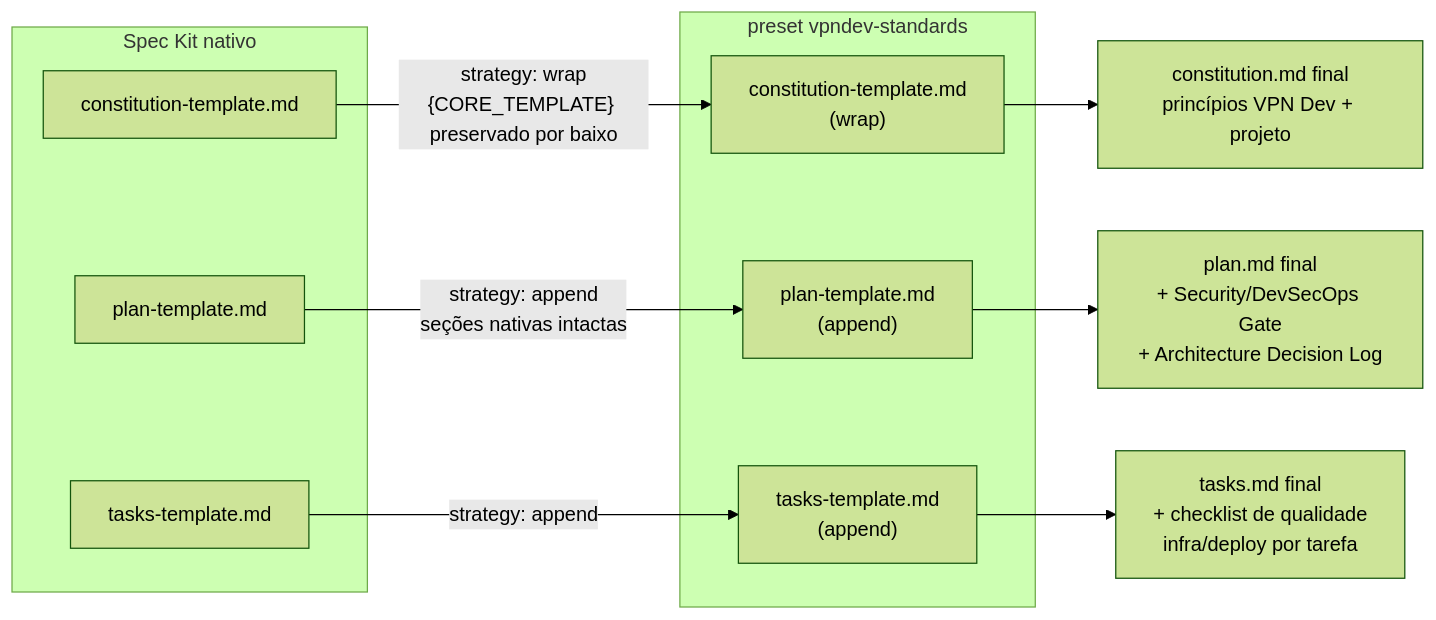
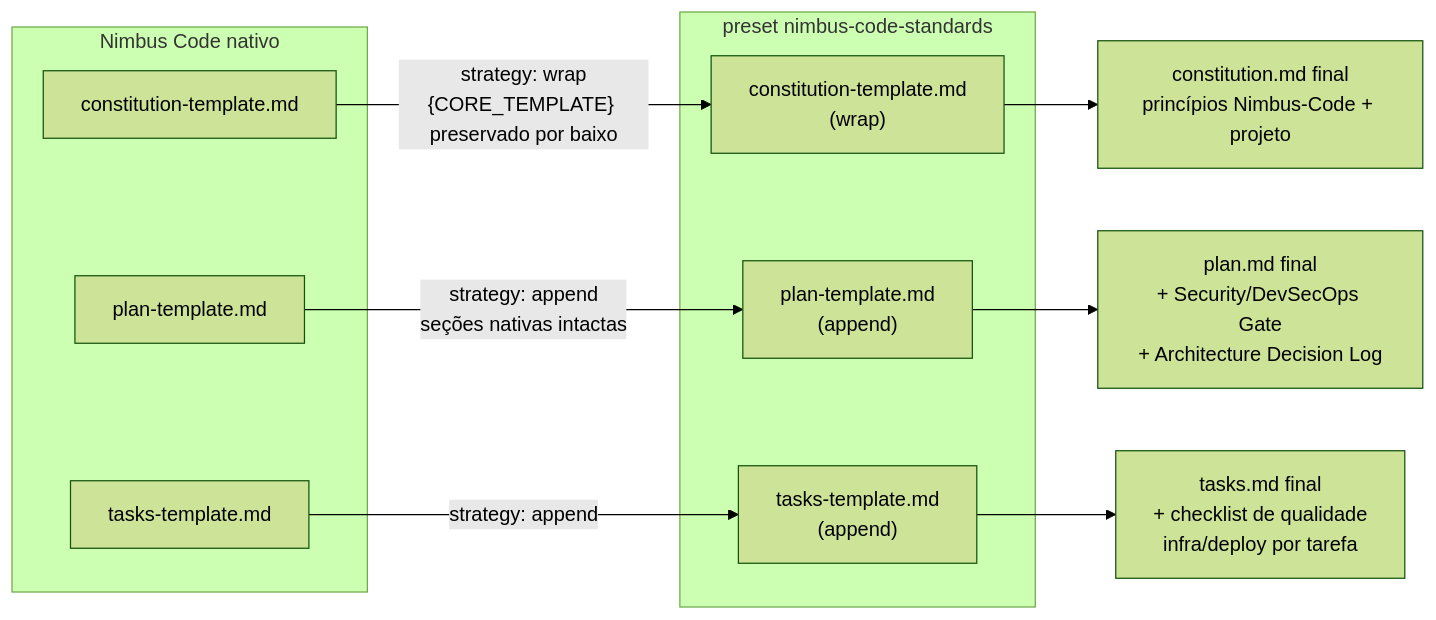
The second of 5 diagrams in docs/bundle-architecture.md (lrodriguesvpn/nimbus-code), drawn with Mermaid (forest theme) before and after one commit. The commit also changed other lines of this file and 91 other files, not shown here.

Commit message:
feat!: rename vpndev → Nimbus-Code, remove User Story, branch only on implement (preset v1.7.0, workflow v1.3.0)

````diff
--- a/docs/bundle-architecture.md
+++ b/docs/bundle-architecture.md
@@ -47,23 +47,23 @@
 ```mermaid
 flowchart LR
-    subgraph NATIVO["Spec Kit nativo"]
+    subgraph NATIVO["Nimbus Code nativo"]
         CT["constitution-template.md"]
         PT["plan-template.md"]
         TT["tasks-template.md"]
     end
 
-    subgraph PRESET["preset vpndev-standards"]
+    subgraph PRESET["preset nimbus-code-standards"]
         CTP["constitution-template.md\n(wrap)"]
         PTP["plan-template.md\n(append)"]
         TTP["tasks-template.md\n(append)"]
     end
 
     CT -->|"strategy: wrap\n{CORE_TEMPLATE} preservado por baixo"| CTP
-    CTP --> CTOUT["constitution.md final\nprincípios VPN Dev + projeto"]
+    CTP --> CTOUT["constitution.md final\nprincípios Nimbus-Code + projeto"]
 
     PT -->|"strategy: append\nseções nativas intactas"| PTP
     PTP --> PTOUT["plan.md final\n+ Security/DevSecOps Gate\n+ Architecture Decision Log"]
 
     TT -->|"strategy: append"| TTP
     TTP --> TTOUT["tasks.md final\n+ checklist de qualidade\ninfra/deploy por tarefa"]
 ```
````
